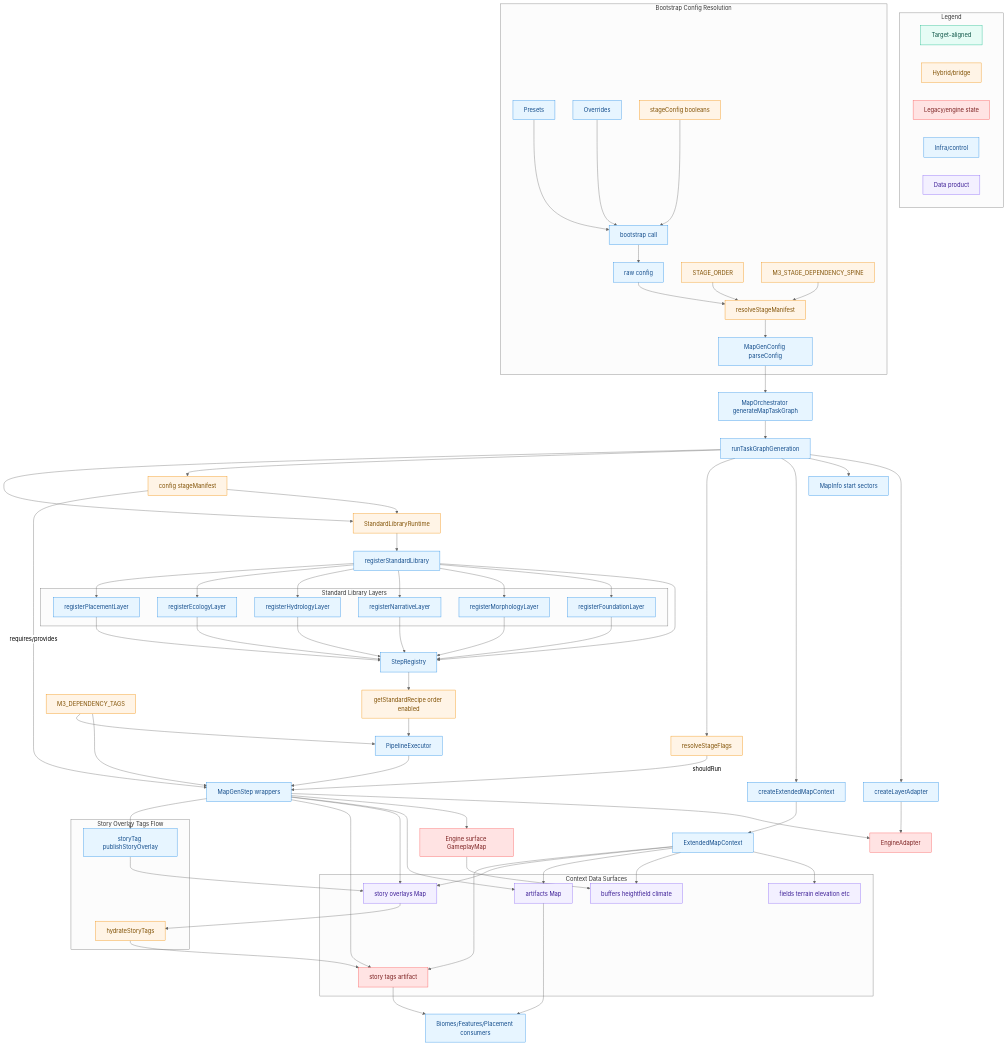
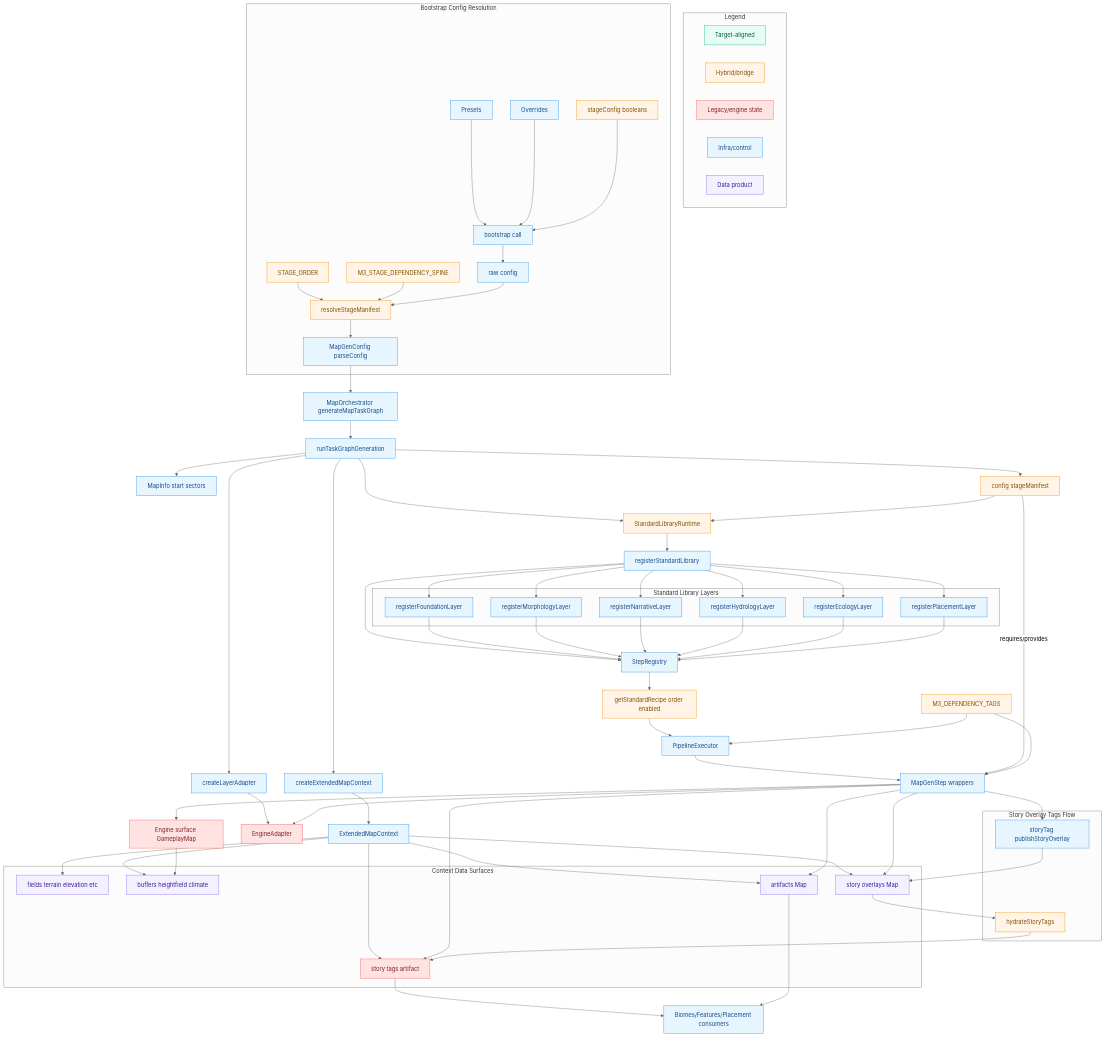
Before and after one commit to mateicanavra/civ7-modding-tools-fork: the first of 4 diagrams in docs/projects/engine-refactor-v1/resources/SPIKE-orchestrator-indirection-audit.md, drawn with Mermaid (neutral theme). The commit also changed other lines of this file and 16 other files, not shown here.

```diff
--- a/docs/projects/engine-refactor-v1/resources/SPIKE-orchestrator-indirection-audit.md
+++ b/docs/projects/engine-refactor-v1/resources/SPIKE-orchestrator-indirection-audit.md
@@ -235,7 +221,6 @@
   taskGraph --> ctxCreate[createExtendedMapContext]:::infra
   ctxCreate --> ctx[ExtendedMapContext]:::infra
 
-  taskGraph --> stageFlags[resolveStageFlags]:::hybrid
   taskGraph --> manifestRef[config stageManifest]:::hybrid
 
   taskGraph --> runtimeBundle[StandardLibraryRuntime]:::hybrid
@@ -263,7 +248,6 @@
   recipe --> executor[PipelineExecutor]:::infra
   executor --> steps[MapGenStep wrappers]:::infra
 
-  stageFlags -- shouldRun --> steps
   manifestRef -- requires/provides --> steps
   tags[M3_DEPENDENCY_TAGS]:::hybrid --> steps
   tags --> executor
```
